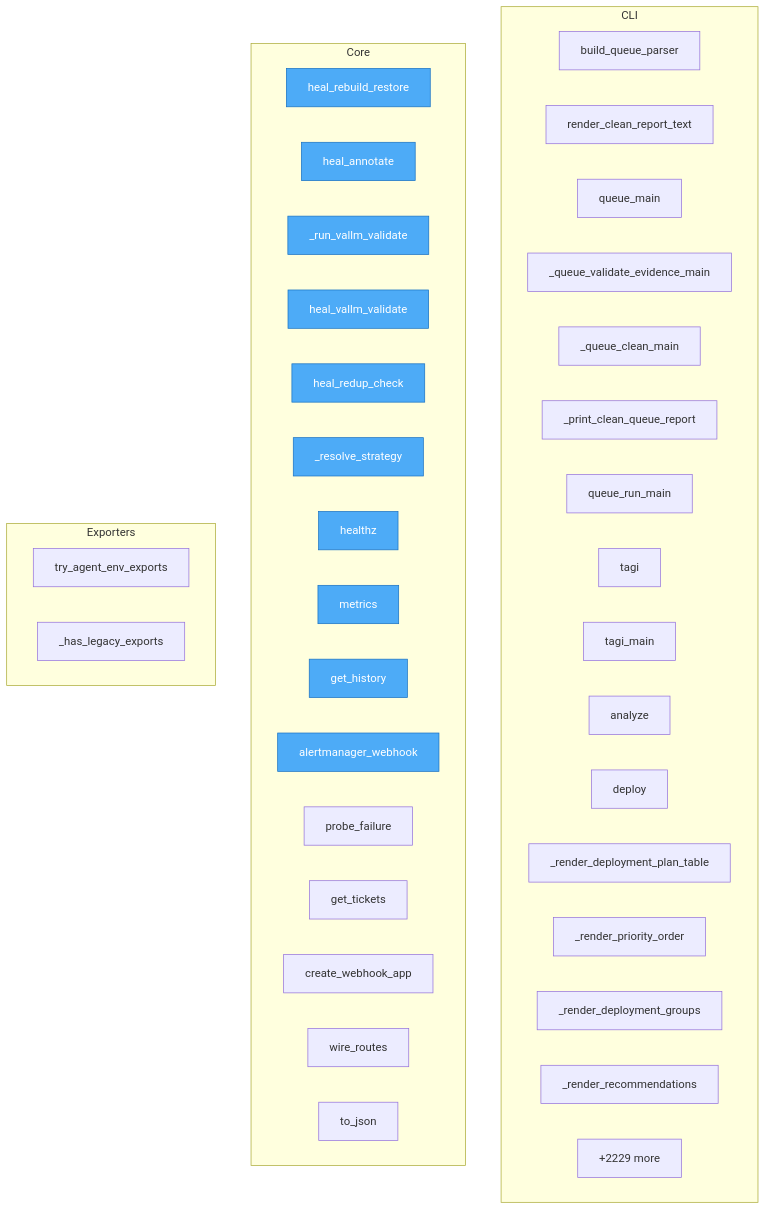
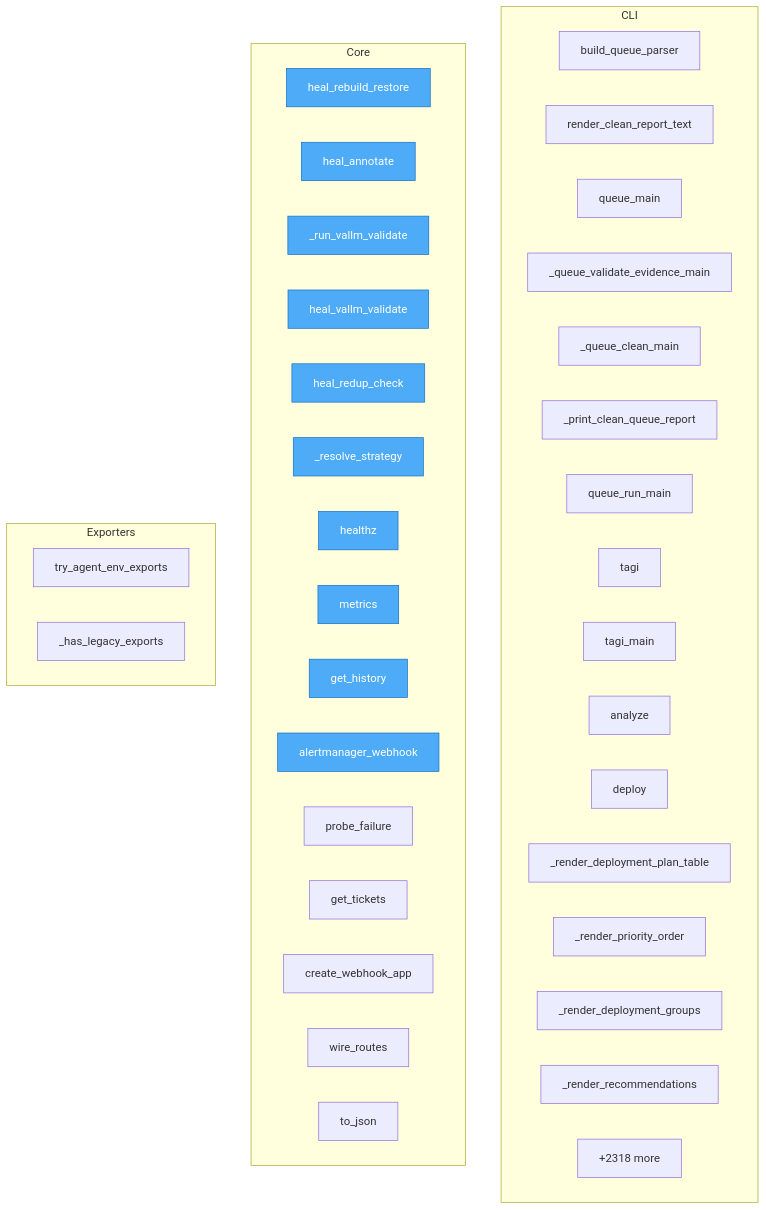
One commit to semcod/koru changed the diagram in project/flow.mmd. Above: the diagram before and after it, drawn with Mermaid. The commit also changed 41 other files, not shown here.

```diff
--- a/project/flow.mmd
+++ b/project/flow.mmd
@@ -1,50 +1,50 @@
 flowchart TD
 %% generated in 0.11s
 
     %% Entry points (blue)
     classDef entry fill:#4dabf7,stroke:#1971c2,color:#fff
 
     subgraph CLI
         koru__cli_queue__build_queue_parser["build_queue_parser"]
         koru__cli_queue__render_clean_report_text["render_clean_report_text"]
         koru__cli_queue__queue_main["queue_main"]
         koru__cli_queue___queue_validate_evidence_main["_queue_validate_evidence_main"]
         koru__cli_queue___queue_clean_main["_queue_clean_main"]
         koru__cli_queue___print_clean_queue_report["_print_clean_queue_report"]
         koru__cli_queue__queue_run_main["queue_run_main"]
         koru__cli_tagi__tagi["tagi"]
         koru__cli_tagi__tagi_main["tagi_main"]
         koru__cli_tagi__analyze["analyze"]
         koru__cli_tagi__deploy["deploy"]
         koru__cli_tagi___render_deployment_plan_table["_render_deployment_plan_table"]
         koru__cli_tagi___render_priority_order["_render_priority_order"]
         koru__cli_tagi___render_deployment_groups["_render_deployment_groups"]
         koru__cli_tagi___render_recommendations["_render_recommendations"]
-        ...["+15 more"]
+        ...["+4 more"]
     end
 
     subgraph Core
         services__healing_webhook__app__heal_rebuild_restore["heal_rebuild_restore"]
         services__healing_webhook__app__heal_annotate["heal_annotate"]
         services__healing_webhook__app___run_vallm_validate["_run_vallm_validate"]
         services__healing_webhook__app__heal_vallm_validate["heal_vallm_validate"]
         services__healing_webhook__app__heal_redup_check["heal_redup_check"]
         services__healing_webhook__app___resolve_strategy["_resolve_strategy"]
         services__healing_webhook__app__healthz["healthz"]
         services__healing_webhook__app__metrics["metrics"]
         services__healing_webhook__app__get_history["get_history"]
         services__healing_webhook__app__alertmanager_webhook["alertmanager_webhook"]
         services__healing_webhook__app__probe_failure["probe_failure"]
         services__healing_webhook__app__get_tickets["get_tickets"]
         services__healing_webhook__app_bootstrap__create_webhook_app["create_webhook_app"]
         services__healing_webhook__app_bootstrap__wire_routes["wire_routes"]
         src__koruobserve__lifecycle__ObserveProcesses__to_json["to_json"]
-        ...["+2229 more"]
+        ...["+2318 more"]
     end
 
     subgraph Exporters
         src__koru__agent_cli_helpers__try_agent_env_exports["try_agent_env_exports"]
         src__koru__cli___has_legacy_exports["_has_legacy_exports"]
     end
 
     class services__healing_webhook__app__heal_rebuild_restore,services__healing_webhook__app__heal_annotate,services__healing_webhook__app___run_vallm_validate,services__healing_webhook__app__heal_vallm_validate,services__healing_webhook__app__heal_redup_check,services__healing_webhook__app___resolve_strategy,services__healing_webhook__app__healthz,services__healing_webhook__app__metrics,services__healing_webhook__app__get_history,services__healing_webhook__app__alertmanager_webhook entry
```
